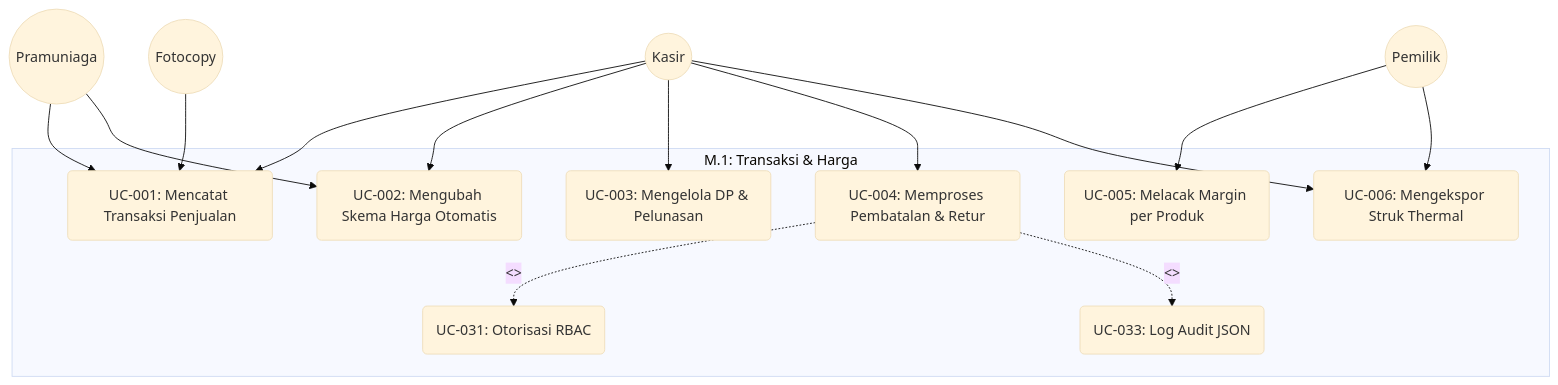
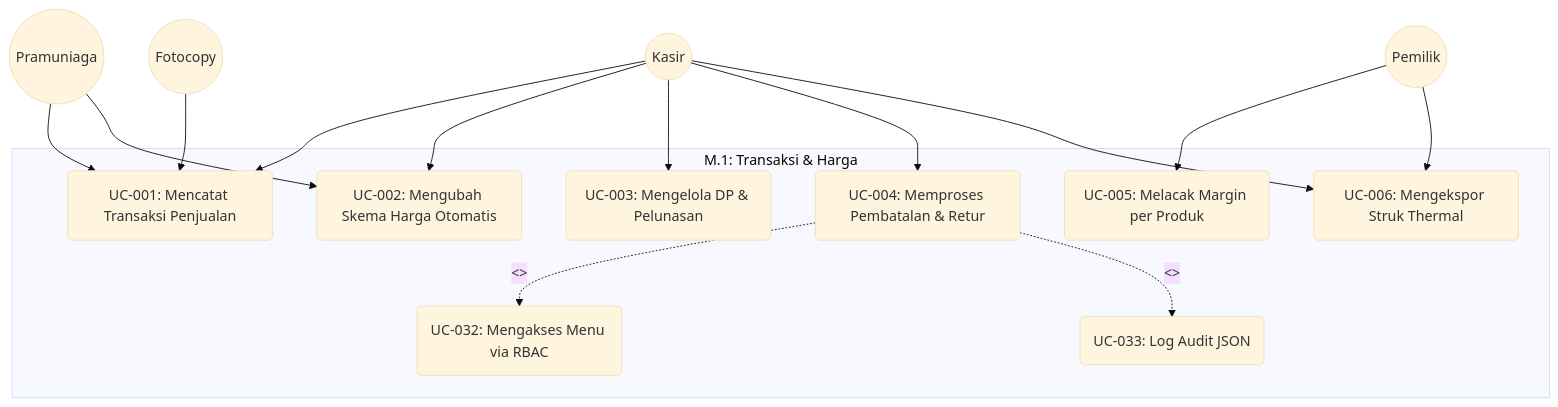
Before and after one commit to tigasatuu/abucom: the third of 12 diagrams in docs/sdlc/02_analysis/03_use_case_diagram.md, drawn with Mermaid (base theme). The commit also changed other lines of this file, not shown here.

Commit message:
docs: implementasi issue validasi dokumen use case diagram

````diff
--- a/docs/sdlc/02_analysis/03_use_case_diagram.md
+++ b/docs/sdlc/02_analysis/03_use_case_diagram.md
@@ -252,19 +253,19 @@
 ```mermaid
 graph TB
     subgraph M.1: Transaksi & Harga
         UC001("UC-001: Mencatat Transaksi Penjualan")
         UC002("UC-002: Mengubah Skema Harga Otomatis")
         UC003("UC-003: Mengelola DP & Pelunasan")
         UC004("UC-004: Memproses Pembatalan & Retur")
         UC005("UC-005: Melacak Margin per Produk")
         UC006("UC-006: Mengekspor Struk Thermal")
         
-        UC004 -.->|"<<include>>"| UC031("UC-031: Otorisasi RBAC")
+        UC004 -.->|"<<include>>"| UC032("UC-032: Mengakses Menu via RBAC")
         UC004 -.->|"<<include>>"| UC033("UC-033: Log Audit JSON")
     end
 
     pramuniaga((Pramuniaga)) --> UC001 & UC002
     kasir((Kasir)) --> UC001 & UC002 & UC003 & UC004 & UC006
     fotocopy_print((Fotocopy)) --> UC001
     pemilik((Pemilik)) --> UC005 & UC006
 ```
````
